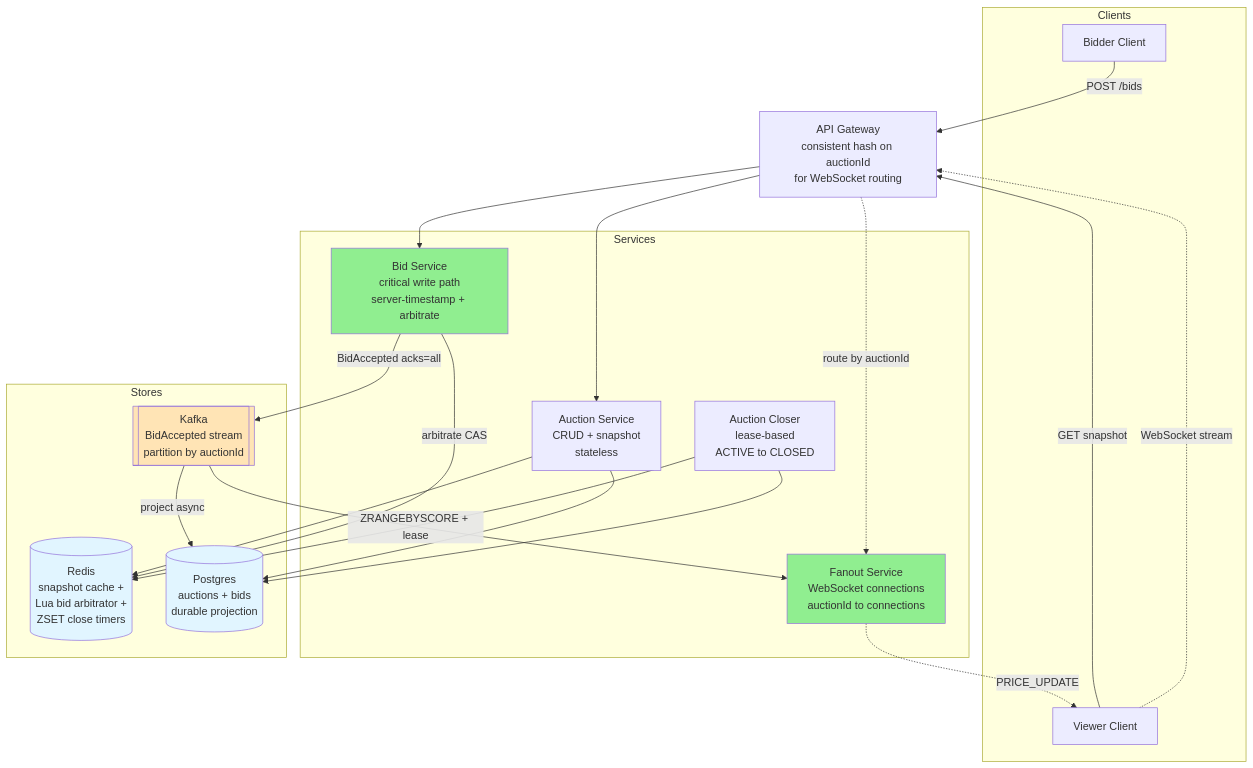
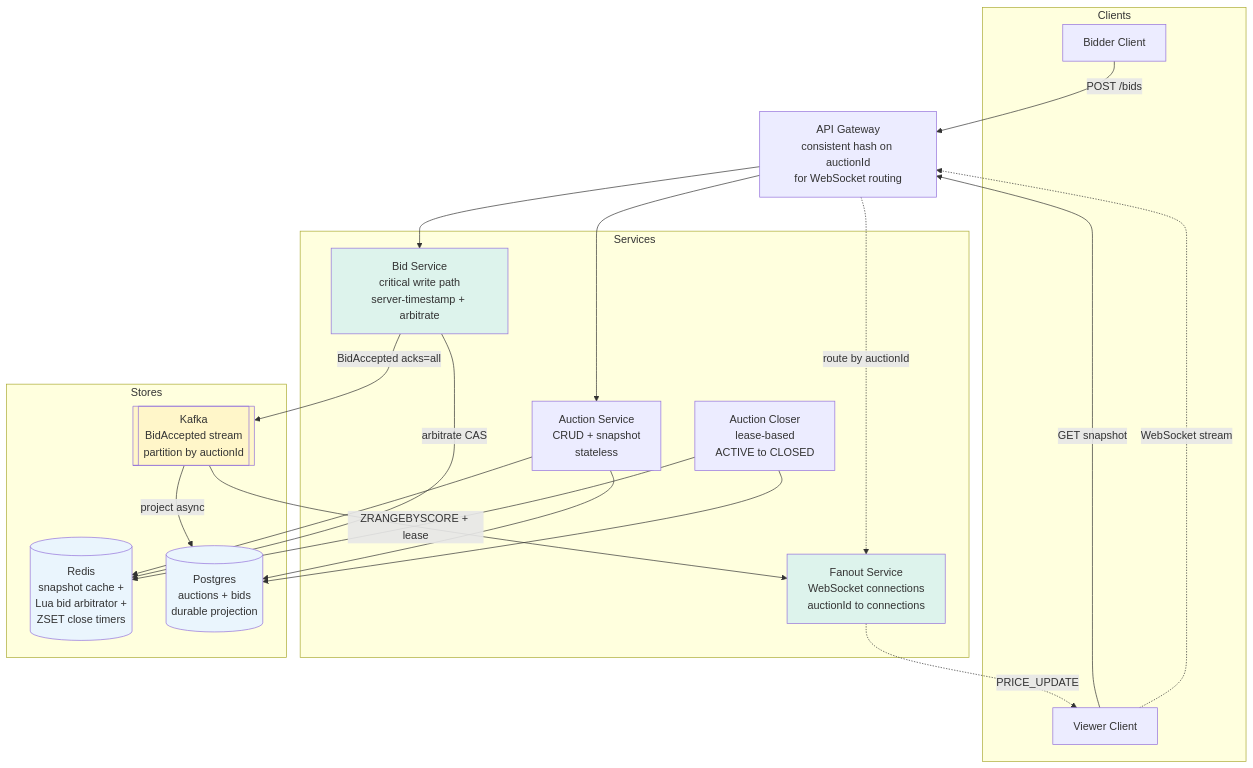
Before and after one commit to cartmancodes/InterviewVault: the second of 6 diagrams in LLD/questions/Design Online Auction.md, drawn with Mermaid. The commit also changed other lines of this file and 679 other files, not shown here.

Commit message:
Unify content diagrams and add accessible visual walkthroughs

````diff
--- a/LLD/questions/Design Online Auction.md
+++ b/LLD/questions/Design Online Auction.md
@@ -184,44 +184,44 @@
 ```mermaid
 graph TB
     subgraph Clients
         BID_C[Bidder Client]
         VIEW_C[Viewer Client]
     end
 
     GW[API Gateway<br/>consistent hash on auctionId<br/>for WebSocket routing]
 
     subgraph Services
         AS[Auction Service<br/>CRUD + snapshot<br/>stateless]
         BS[Bid Service<br/>critical write path<br/>server-timestamp + arbitrate]
         FS[Fanout Service<br/>WebSocket connections<br/>auctionId to connections]
         AC[Auction Closer<br/>lease-based<br/>ACTIVE to CLOSED]
     end
 
     subgraph Stores
         REDIS[(Redis<br/>snapshot cache +<br/>Lua bid arbitrator +<br/>ZSET close timers)]
         PG[(Postgres<br/>auctions + bids<br/>durable projection)]
         KAFKA[[Kafka<br/>BidAccepted stream<br/>partition by auctionId]]
     end
 
     BID_C -->|POST /bids| GW
     VIEW_C -->|GET snapshot| GW
     VIEW_C -.WebSocket stream.-> GW
     GW --> AS
     GW --> BS
     GW -.route by auctionId.-> FS
     AS --> REDIS
     AS --> PG
     BS -->|arbitrate CAS| REDIS
     BS -->|BidAccepted acks=all| KAFKA
     KAFKA -->|project async| PG
     KAFKA --> FS
     FS -.PRICE_UPDATE.-> VIEW_C
     AC -->|ZRANGEBYSCORE + lease| REDIS
     AC --> PG
 
-    style BS fill:#90EE90
-    style REDIS fill:#e1f5ff
-    style PG fill:#e1f5ff
-    style KAFKA fill:#FFE4B5
-    style FS fill:#90EE90
+    style BS fill:#DDF3EC
+    style REDIS fill:#EAF5FD
+    style PG fill:#EAF5FD
+    style KAFKA fill:#FFF6C9
+    style FS fill:#DDF3EC
 ```
````
